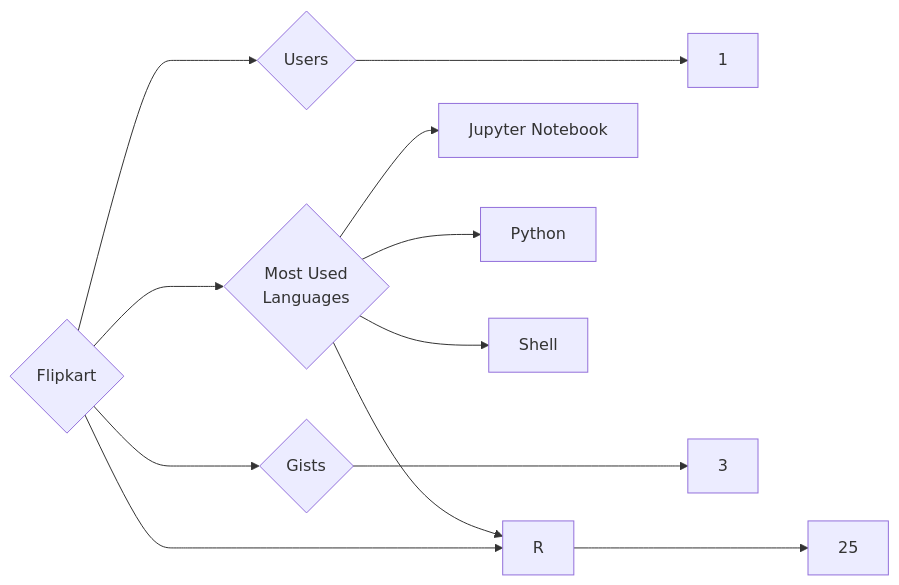
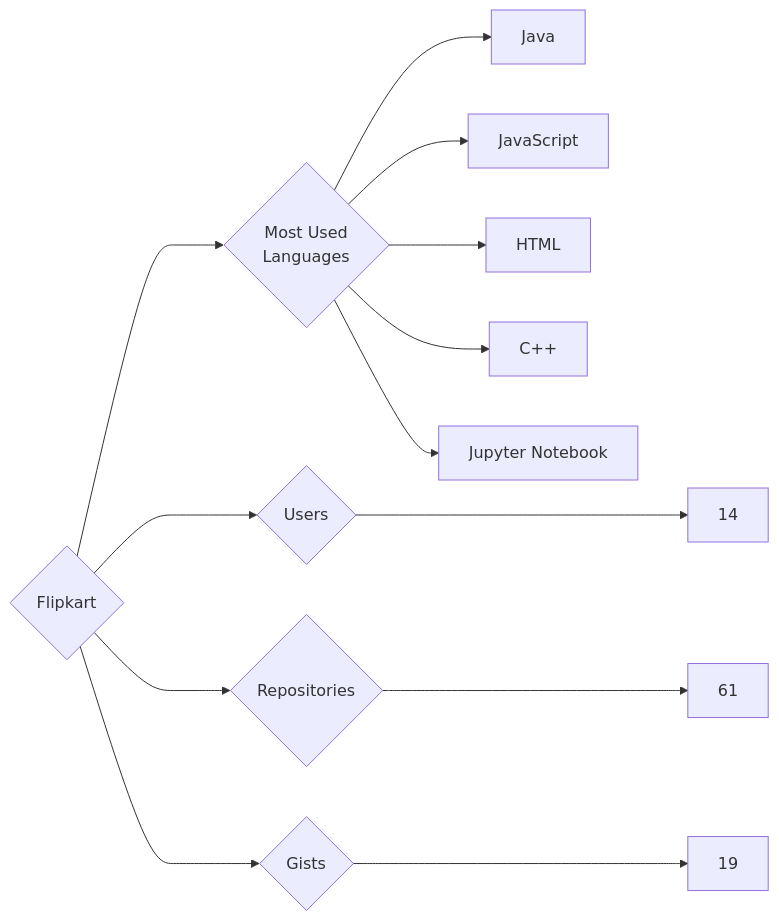
The diagram in targets/Flipkart/README.md (trickest/insiders), drawn with Mermaid before and after one commit. The commit also changed 870 other files, not shown here.

````diff
--- a/targets/Flipkart/README.md
+++ b/targets/Flipkart/README.md
@@ -3,12 +3,13 @@
 ```mermaid
 graph LR
 COMPANY_NAME{Flipkart}
-COMPANY_NAME ---> U{Users} ---> UN[1]
-COMPANY_NAME ---> R{Repositories} ---> RN[25]
-COMPANY_NAME ---> G{Gists} ---> GN[3]
+COMPANY_NAME ---> U{Users} ---> UN[14]
+COMPANY_NAME ---> R{Repositories} ---> RN[61]
+COMPANY_NAME ---> G{Gists} ---> GN[19]
 COMPANY_NAME ---> ML{Most Used<br>Languages}
+ML --> Java[Java]
+ML --> JavaScript[JavaScript]
+ML --> HTML[HTML]
+ML --> C++[C++]
 ML --> Jupyter_Notebook[Jupyter Notebook]
-ML --> Python[Python]
-ML --> Shell[Shell]
-ML --> R[R]
 ```
````
